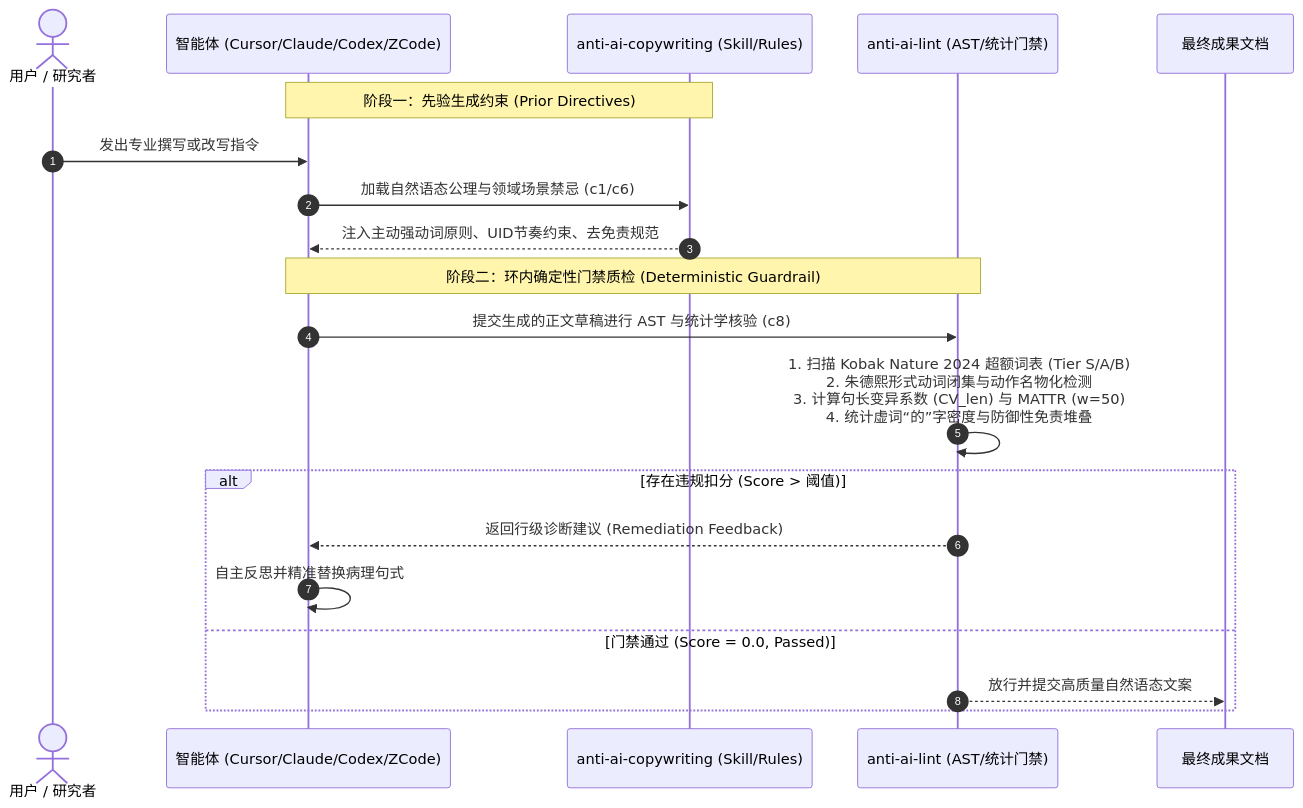
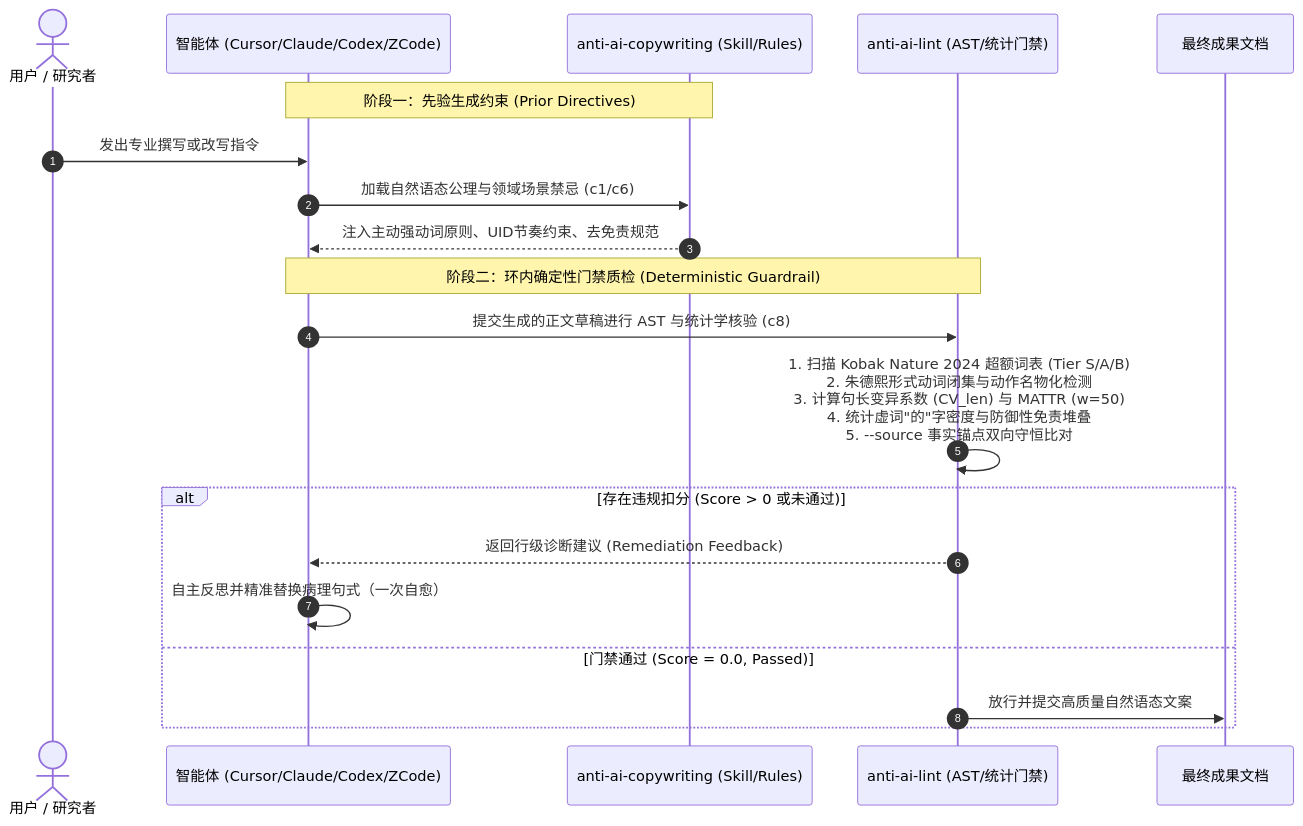
Before and after one commit to CalebChen941028/anti-ai-copywriting: the first of 2 diagrams in docs/BENCHMARK_REPORT.zh-CN.md, drawn with Mermaid. The commit also changed other lines of this file and 22 other files, not shown here.

````diff
--- a/docs/BENCHMARK_REPORT.zh-CN.md
+++ b/docs/BENCHMARK_REPORT.zh-CN.md
@@ -35,24 +51,24 @@
 ```mermaid
 sequenceDiagram
     autonumber
     actor User as 用户 / 研究者
     participant Agent as 智能体 (Cursor/Claude/Codex/ZCode)
     participant Engine as anti-ai-copywriting (Skill/Rules)
     participant Lint as anti-ai-lint (AST/统计门禁)
     participant Doc as 最终成果文档
 
     Note over Agent,Engine: 阶段一：先验生成约束 (Prior Directives)
     User->>Agent: 发出专业撰写或改写指令
     Agent->>Engine: 加载自然语态公理与领域场景禁忌 (c1/c6)
     Engine-->>Agent: 注入主动强动词原则、UID节奏约束、去免责规范
 
     Note over Agent,Lint: 阶段二：环内确定性门禁质检 (Deterministic Guardrail)
     Agent->>Lint: 提交生成的正文草稿进行 AST 与统计学核验 (c8)
-    Lint->>Lint: 1. 扫描 Kobak Nature 2024 超额词表 (Tier S/A/B)<br/>2. 朱德熙形式动词闭集与动作名物化检测<br/>3. 计算句长变异系数 (CV_len) 与 MATTR (w=50)<br/>4. 统计虚词“的”字密度与防御性免责堆叠
-    alt 存在违规扣分 (Score > 阈值)
+    Lint->>Lint: 1. 扫描 Kobak Nature 2024 超额词表 (Tier S/A/B)<br/>2. 朱德熙形式动词闭集与动作名物化检测<br/>3. 计算句长变异系数 (CV_len) 与 MATTR (w=50)<br/>4. 统计虚词"的"字密度与防御性免责堆叠<br/>5. --source 事实锚点双向守恒比对
+    alt 存在违规扣分 (Score > 0 或未通过)
         Lint-->>Agent: 返回行级诊断建议 (Remediation Feedback)
-        Agent->>Agent: 自主反思并精准替换病理句式
+        Agent->>Agent: 自主反思并精准替换病理句式（一次自愈）
     else 门禁通过 (Score = 0.0, Passed)
-        Lint-->>Doc: 放行并提交高质量自然语态文案
+        Lint->>Doc: 放行并提交高质量自然语态文案
     end
 ```
````
